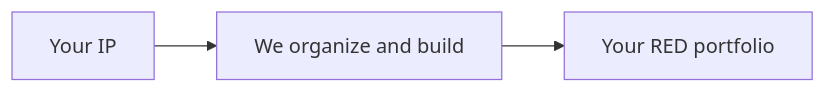
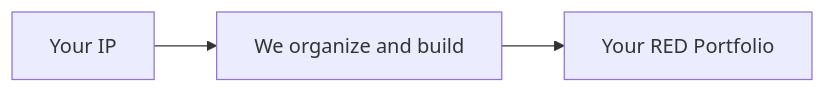
The third of 8 diagrams in docs/method/develop-audience.md (redrhino-online/red-canon), drawn with Mermaid before and after one commit. The commit also changed other lines of this file and 5 other files, not shown here.

Commit message:
docs: brand the RED Portfolio and note client use license

````diff
--- a/docs/method/develop-audience.md
+++ b/docs/method/develop-audience.md
@@ -43,4 +43,4 @@
 ```mermaid
 flowchart LR
-    A[Your IP] --> B[We organize and build] --> C[Your RED portfolio]
+    A[Your IP] --> B[We organize and build] --> C[Your RED Portfolio]
 ```
````
